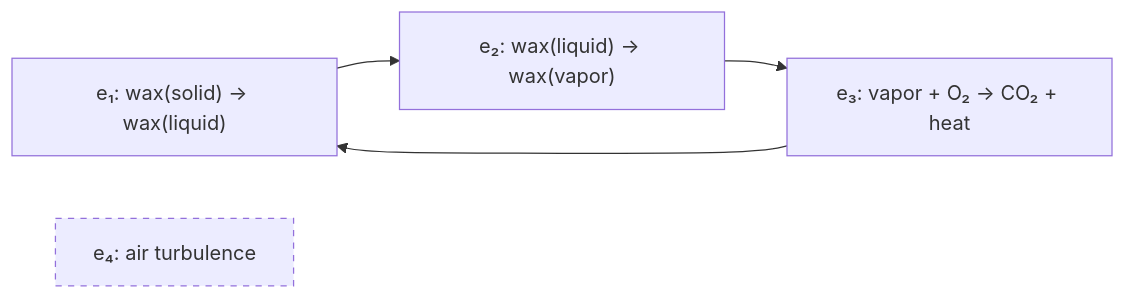
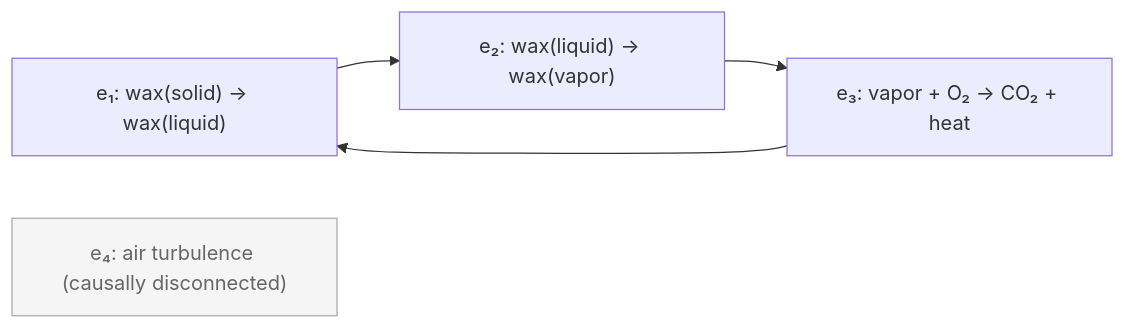
One commit to ianderrington/epiphysics changed the first of 2 diagrams in docs/theory/00b_event_layer.md. Above: the diagram before and after it, drawn with Mermaid. The commit also changed other lines of this file and 4 other files, not shown here.

````diff
--- a/docs/theory/00b_event_layer.md
+++ b/docs/theory/00b_event_layer.md
@@ -59,10 +59,10 @@
 ```mermaid
 graph LR
     e1["e₁: wax(solid) → wax(liquid)"] --> e2["e₂: wax(liquid) → wax(vapor)"]
     e2 --> e3["e₃: vapor + O₂ → CO₂ + heat"]
     e3 --> e1
     
-    e4["e₄: air turbulence"]
+    e4["e₄: air turbulence (causally disconnected)"]
     
-    style e4 stroke-dasharray: 5 5
+    style e4 stroke:#aaa,fill:#f5f5f5,color:#666
 ```
````
